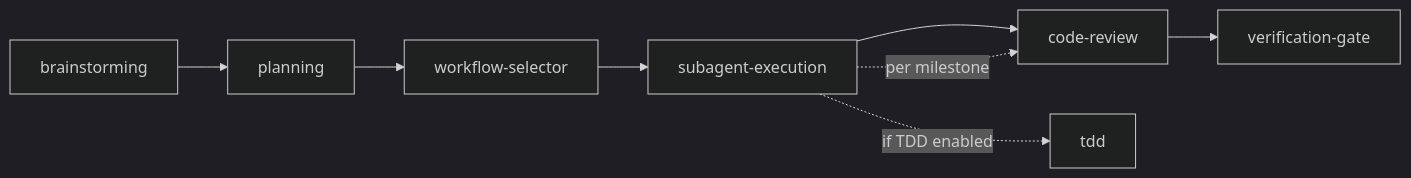
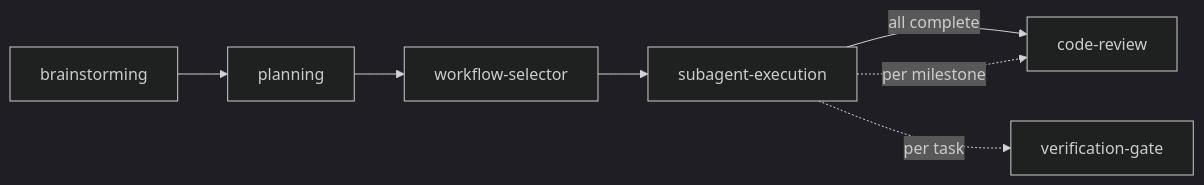
Before and after one commit to 0x2E/dev-skills: the diagram in skills/dev-flow/SKILL.md, drawn with Mermaid (dark theme). The commit also changed 3 other files, not shown here.

Commit message:
fix: correct workflow diagram, add worktree commit strategy, planning dual input, VG retry limit

````diff
--- a/skills/dev-flow/SKILL.md
+++ b/skills/dev-flow/SKILL.md
@@ -26,7 +26,7 @@
 ```mermaid
 flowchart LR
     B[brainstorming] --> P[planning] --> W[workflow-selector] --> S[subagent-execution]
-    S --> C[code-review] --> V[verification-gate]
+    S -->|all complete| C[code-review]
     S -.->|per milestone| C
-    S -.->|if TDD enabled| T[tdd]
+    S -.->|per task| V[verification-gate]
 ```
````
